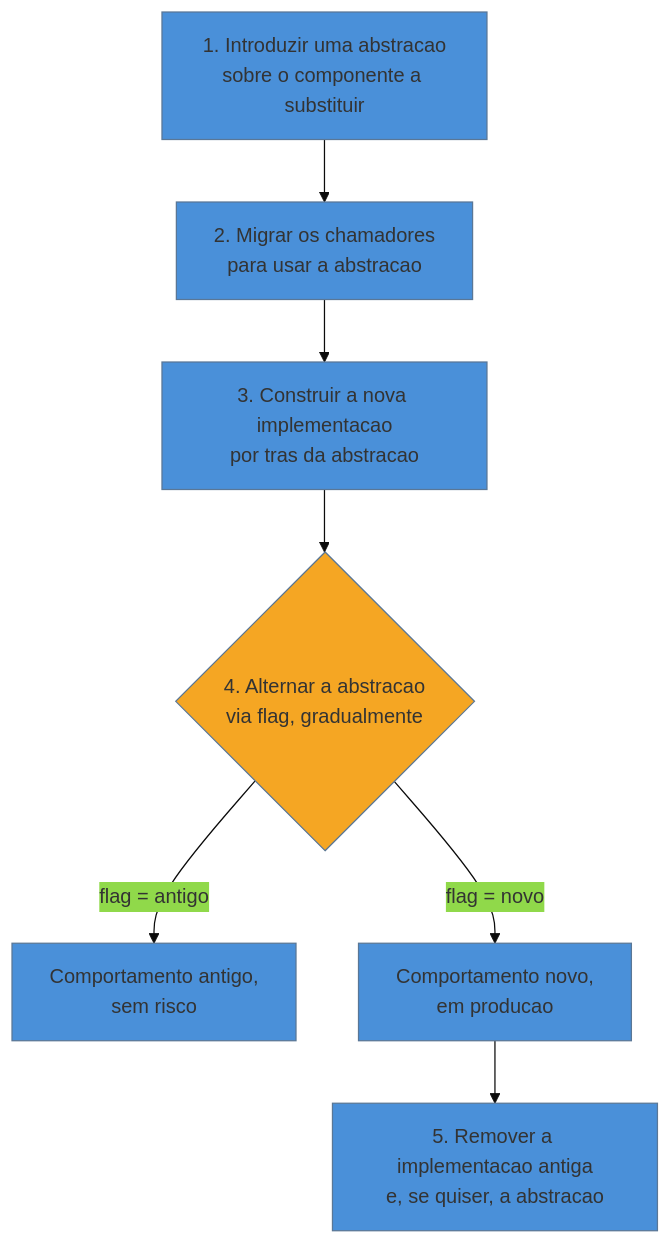
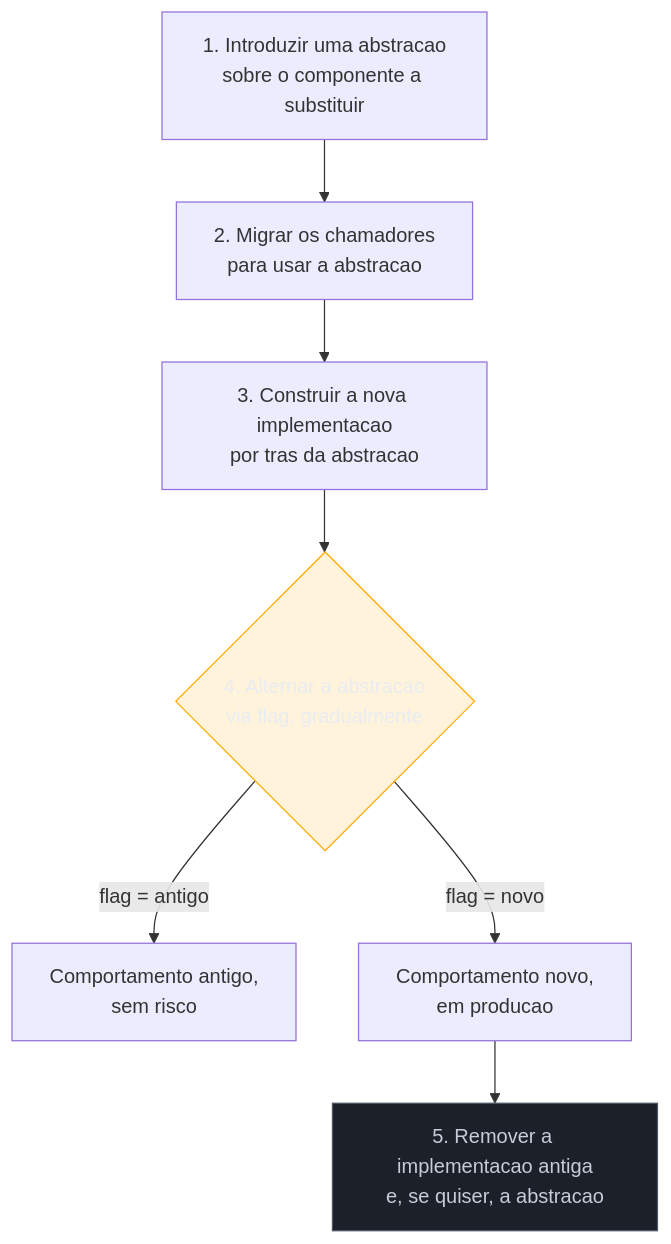
One commit to josenaldo/codex-technomanticus changed the second of 3 diagrams in 03-Dominios/Engenharia/Arqueologia e Restauração de Software/19 - Branch by Abstraction e Anti-Corruption Layer.md. Above: the diagram before and after it, drawn with Mermaid. The commit also changed other lines of this file and 1181 other files, not shown here.

First line of the commit message:
fix(diagramas): paleta do sistema no lugar de cor cravada no markdown

````diff
--- a/03-Dominios/Engenharia/Arqueologia e Restauração de Software/19 - Branch by Abstraction e Anti-Corruption Layer.md
+++ b/03-Dominios/Engenharia/Arqueologia e Restauração de Software/19 - Branch by Abstraction e Anti-Corruption Layer.md
@@ -53,12 +53,13 @@
 ```mermaid
-%%{init: {"theme": "base", "themeVariables": {"primaryColor": "#4A90D9"}}}%%
 graph TD
+    classDef destaque fill:#FFAA0024,stroke:#FFAA00,color:#E9ECF2
+    classDef neutro fill:#1B2029,stroke:#4E5666,color:#C6CCD8
     A["1. Introduzir uma abstracao<br/>sobre o componente a substituir"] --> B["2. Migrar os chamadores<br/>para usar a abstracao"]
     B --> C["3. Construir a nova implementacao<br/>por tras da abstracao"]
     C --> D{"4. Alternar a abstracao<br/>via flag, gradualmente"}
     D -->|"flag = antigo"| E["Comportamento antigo,<br/>sem risco"]
     D -->|"flag = novo"| F["Comportamento novo,<br/>em producao"]
     F --> G["5. Remover a implementacao antiga<br/>e, se quiser, a abstracao"]
-    style D fill:#F5A623
-    style G fill:#4A90D9
+    class D destaque
+    class G neutro
 ```
````
